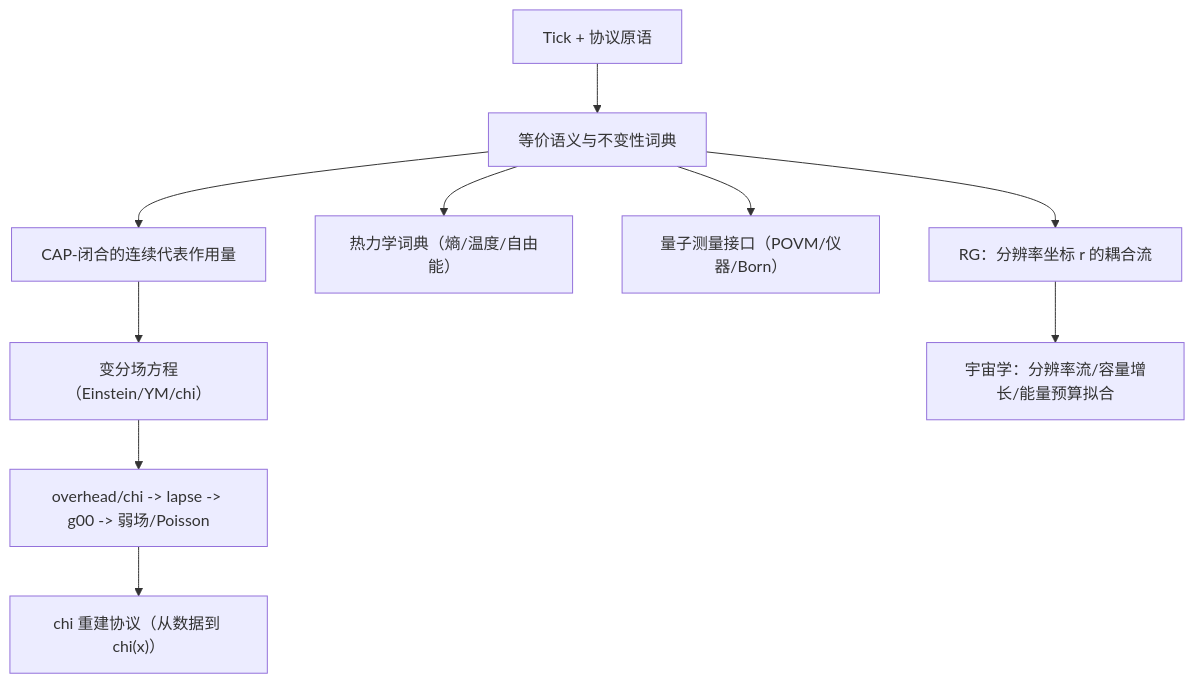
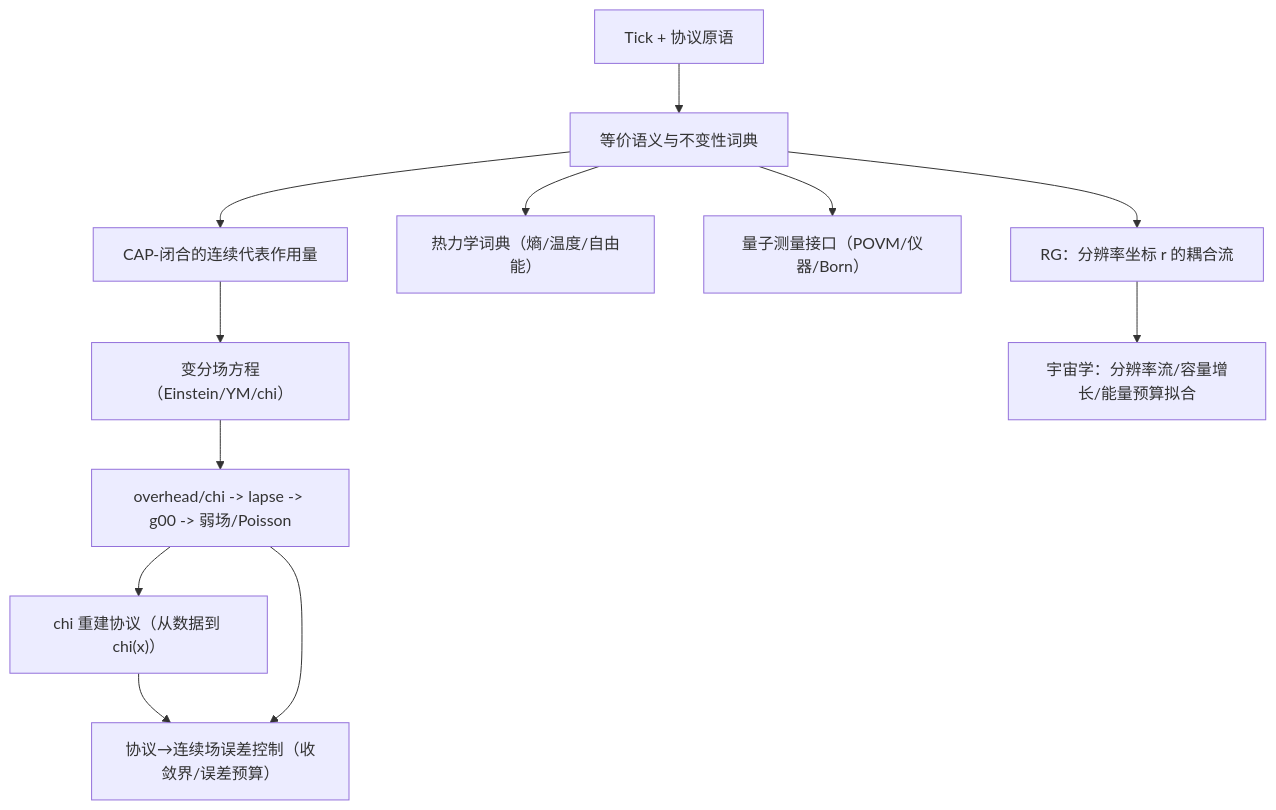
The diagram in docs/papers/2025_z128_standard_model_stable_sector_hpa_omega/theory_closure_tracker.md (loning/the-omega), drawn with Mermaid before and after one commit. The commit also changed other lines of this file and 7 other files, not shown here.

````diff
--- a/docs/papers/2025_z128_standard_model_stable_sector_hpa_omega/theory_closure_tracker.md
+++ b/docs/papers/2025_z128_standard_model_stable_sector_hpa_omega/theory_closure_tracker.md
@@ -19,12 +19,14 @@
 ```mermaid
 flowchart TD
   A["Tick + 协议原语"] --> B["等价语义与不变性词典"]
   B --> C["CAP-闭合的连续代表作用量"]
   C --> D["变分场方程（Einstein/YM/chi）"]
   B --> E["热力学词典（熵/温度/自由能）"]
   D --> F["overhead/chi -> lapse -> g00 -> 弱场/Poisson"]
   F --> G["chi 重建协议（从数据到 chi(x)）"]
+  G --> K["协议→连续场误差控制（收敛界/误差预算）"]
+  F --> K
   B --> H["量子测量接口（POVM/仪器/Born）"]
   B --> I["RG：分辨率坐标 r 的耦合流"]
   I --> J["宇宙学：分辨率流/容量增长/能量预算拟合"]
 ```
````
